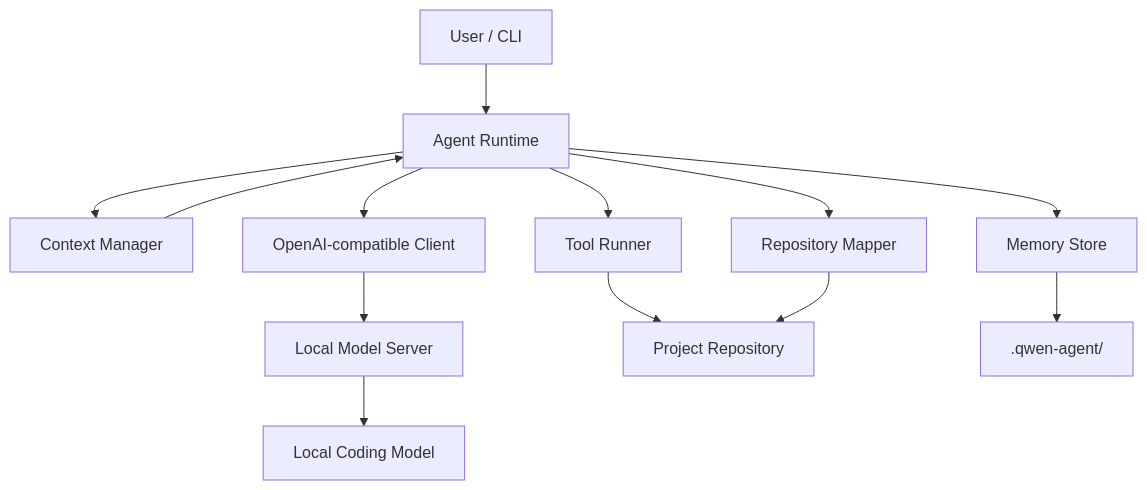
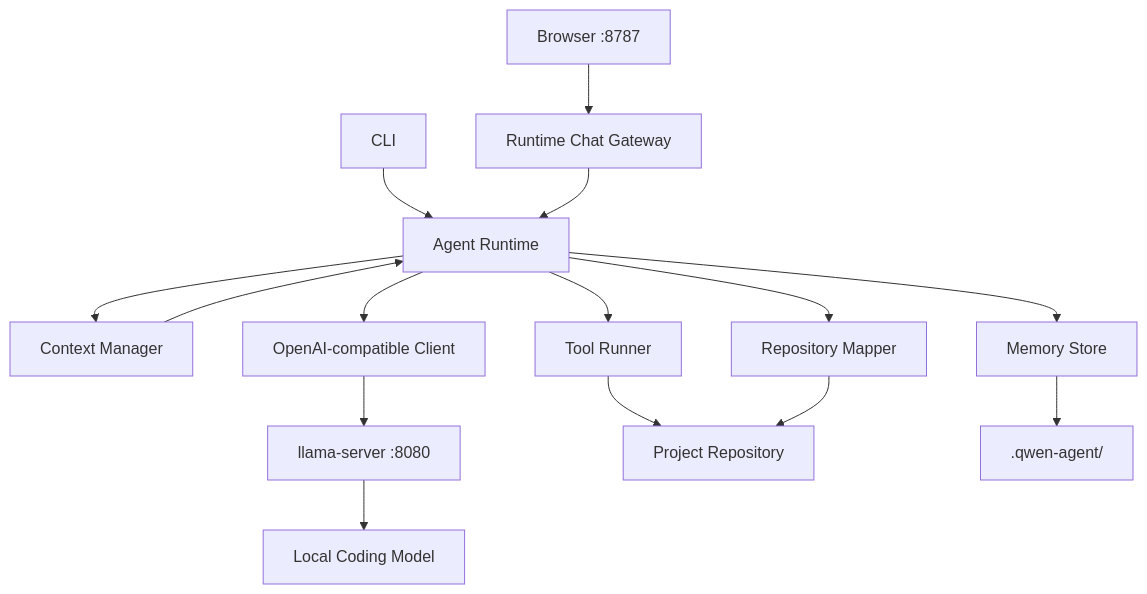
Before and after one commit to HayronHgh/context-os: the diagram in README.md, drawn with Mermaid. The commit also changed other lines of this file and 32 other files, not shown here.

Commit message:
feat(gateway): add runtime chat interface

````diff
--- a/README.md
+++ b/README.md
@@ -96,15 +97,17 @@
 ```mermaid
 flowchart TD
-    U["User / CLI"] --> A["Agent Runtime"]
+    B["Browser :8787"] --> G["Runtime Chat Gateway"]
+    U["CLI"] --> A["Agent Runtime"]
+    G --> A
     A --> C["Context Manager"]
     A --> T["Tool Runner"]
     A --> M["Memory Store"]
     A --> R["Repository Mapper"]
     A --> L["OpenAI-compatible Client"]
-    L --> S["Local Model Server"]
+    L --> S["llama-server :8080"]
     S --> Q["Local Coding Model"]
     T --> P["Project Repository"]
     R --> P
     M --> D[".qwen-agent/"]
     C --> A
 ```
````
